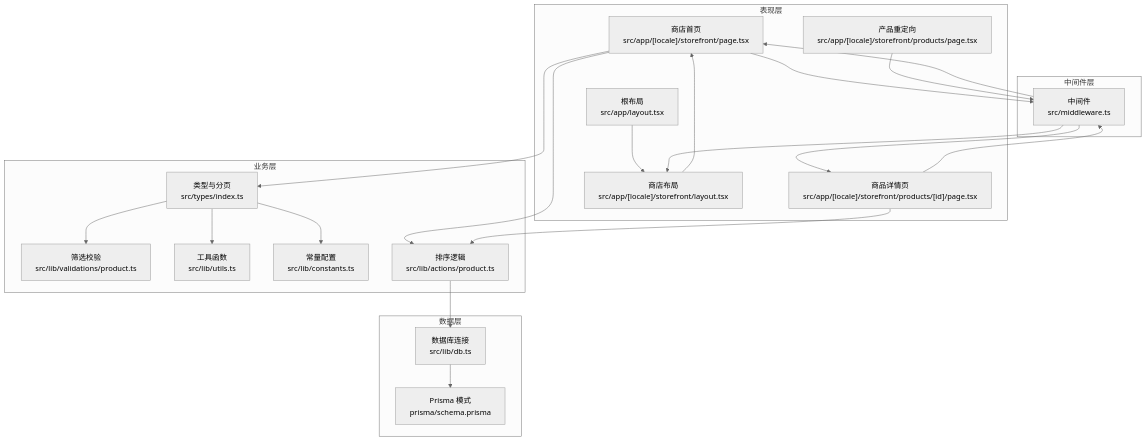
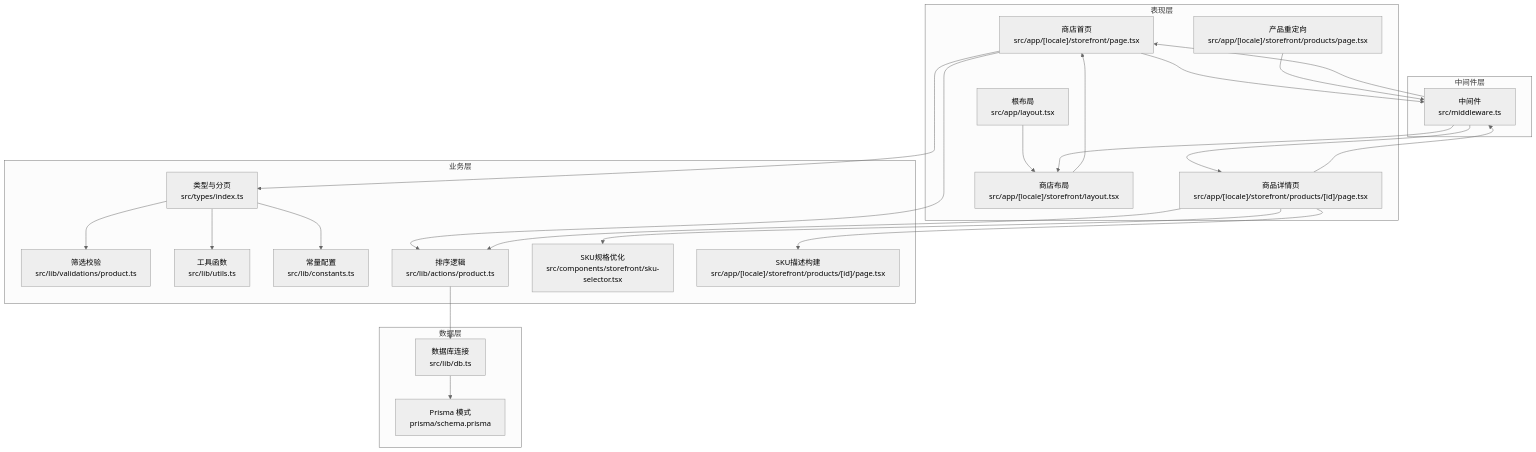
Before and after one commit to three3638-arch/celestia_2b: the second of 8 diagrams in .qoder/repowiki/zh/content/前台商店系统/商品展示系统/商品展示系统.md, drawn with Mermaid (neutral theme). The commit also changed other lines of this file and 5 other files, not shown here.

````diff
--- a/.qoder/repowiki/zh/content/前台商店系统/商品展示系统/商品展示系统.md
+++ b/.qoder/repowiki/zh/content/前台商店系统/商品展示系统/商品展示系统.md
@@ -133,38 +144,42 @@
 ```mermaid
 graph TB
 subgraph "表现层"
 SFP["商店首页<br/>src/app/[locale]/storefront/page.tsx"]
 SDP["商品详情页<br/>src/app/[locale]/storefront/products/[id]/page.tsx"]
 PRP["产品重定向<br/>src/app/[locale]/storefront/products/page.tsx"]
 SL["商店布局<br/>src/app/[locale]/storefront/layout.tsx"]
 RL["根布局<br/>src/app/layout.tsx"]
 end
 subgraph "中间件层"
 MW["中间件<br/>src/middleware.ts"]
 end
 subgraph "业务层"
 TP["类型与分页<br/>src/types/index.ts"]
 VAL["筛选校验<br/>src/lib/validations/product.ts"]
 UT["工具函数<br/>src/lib/utils.ts"]
 CT["常量配置<br/>src/lib/constants.ts"]
 END["排序逻辑<br/>src/lib/actions/product.ts"]
+END2["SKU规格优化<br/>src/components/storefront/sku-selector.tsx"]
+END3["SKU描述构建<br/>src/app/[locale]/storefront/products/[id]/page.tsx"]
 end
 subgraph "数据层"
 DB["数据库连接<br/>src/lib/db.ts"]
 PRISMA["Prisma 模式<br/>prisma/schema.prisma"]
 end
 RL --> SL --> SFP
 SFP --> MW
 SDP --> MW
 PRP --> MW
 MW --> SL
 MW --> SFP
 MW --> SDP
 SFP --> TP
 TP --> VAL
 TP --> UT
 TP --> CT
 SFP --> END
 SDP --> END
+SDP --> END2
+SDP --> END3
 END --> DB --> PRISMA
 ```
````
